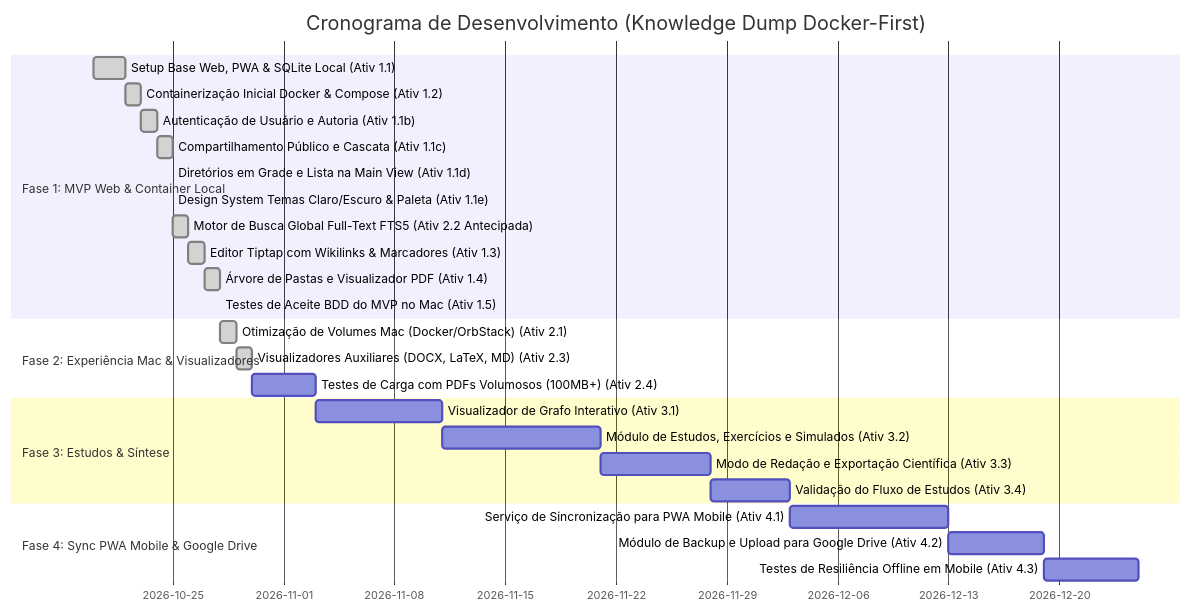
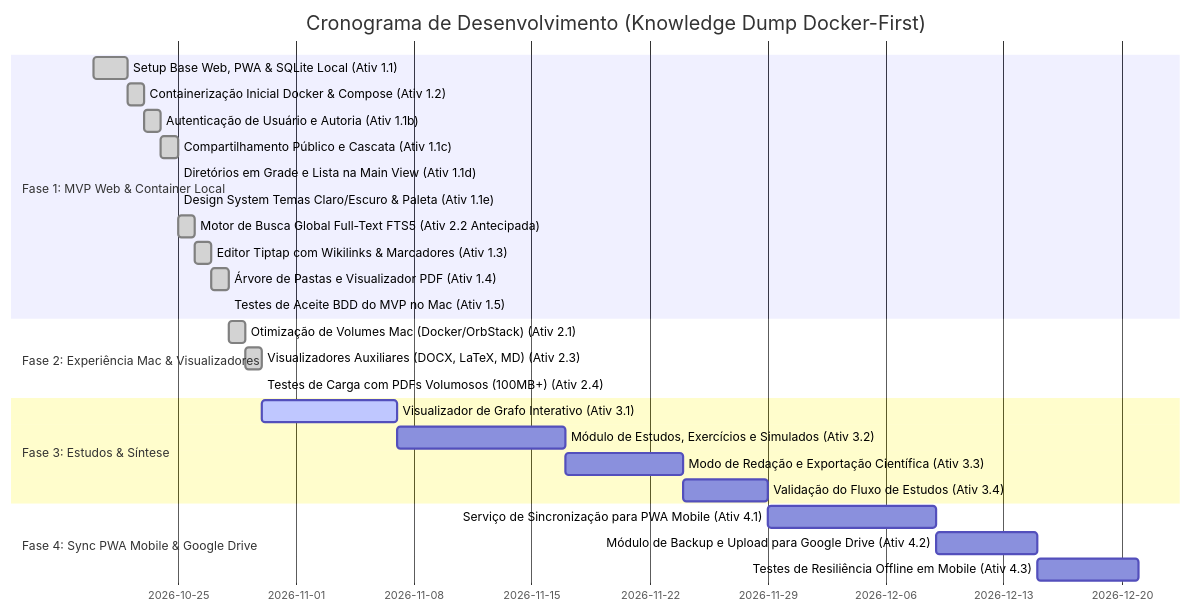
Before and after one commit to victor-reghini/knowledge-dump: the second of 2 diagrams in docs/arquitetura_e_roadmap.md, drawn with Mermaid.

Commit message:
docs(roadmap): sincroniza gantt com conclusao da fase 1 e fase 2 e ativacao da fase 3

````diff
--- a/docs/arquitetura_e_roadmap.md
+++ b/docs/arquitetura_e_roadmap.md
@@ -56,32 +56,32 @@
 ```mermaid
 gantt
     title Cronograma de Desenvolvimento (Knowledge Dump Docker-First)
     dateFormat  YYYY-MM-DD
     section Fase 1: MVP Web & Container Local
     Setup Base Web, PWA & SQLite Local (Ativ 1.1)             :done, a1, 2026-10-20, 2026-10-22
     Containerização Inicial Docker & Compose (Ativ 1.2)        :done, a2, 2026-10-22, 2026-10-23
     Autenticação de Usuário e Autoria (Ativ 1.1b)              :done, a1b, 2026-10-23, 2026-10-24
     Compartilhamento Público e Cascata (Ativ 1.1c)             :done, a1c, 2026-10-24, 2026-10-25
     Diretórios em Grade e Lista na Main View (Ativ 1.1d)       :done, a1d, 2026-10-25, 2026-10-25
     Design System Temas Claro/Escuro & Paleta (Ativ 1.1e)      :done, a1e, 2026-10-25, 2026-10-25
     Motor de Busca Global Full-Text FTS5 (Ativ 2.2 Antecipada) :done, b2, 2026-10-25, 2026-10-26
     Editor Tiptap com Wikilinks & Marcadores (Ativ 1.3)        :done, a3, 2026-10-26, 2026-10-27
     Árvore de Pastas e Visualizador PDF (Ativ 1.4)             :done, a4, 2026-10-27, 2026-10-28
     Testes de Aceite BDD do MVP no Mac (Ativ 1.5)              :done, a5, 2026-10-28, 2026-10-28
 
     section Fase 2: Experiência Mac & Visualizadores
     Otimização de Volumes Mac (Docker/OrbStack) (Ativ 2.1)     :done, b1, 2026-10-28, 2026-10-29
     Visualizadores Auxiliares (DOCX, LaTeX, MD) (Ativ 2.3)     :done, b3, 2026-10-29, 2026-10-30
-    Testes de Carga com PDFs Volumosos (100MB+) (Ativ 2.4)     :b4, after b3, 4d
+    Testes de Carga com PDFs Volumosos (100MB+) (Ativ 2.4)     :done, b4, 2026-10-30, 2026-10-30
 
     section Fase 3: Estudos & Síntese
-    Visualizador de Grafo Interativo (Ativ 3.1)                :c1, after b4, 8d
+    Visualizador de Grafo Interativo (Ativ 3.1)                :active, c1, 2026-10-30, 8d
     Módulo de Estudos, Exercícios e Simulados (Ativ 3.2)       :c2, after c1, 10d
     Modo de Redação e Exportação Científica (Ativ 3.3)         :c3, after c2, 7d
     Validação do Fluxo de Estudos (Ativ 3.4)                   :c4, after c3, 5d
 
     section Fase 4: Sync PWA Mobile & Google Drive
     Serviço de Sincronização para PWA Mobile (Ativ 4.1)        :d1, after c4, 10d
     Módulo de Backup e Upload para Google Drive (Ativ 4.2)     :d2, after d1, 6d
     Testes de Resiliência Offline em Mobile (Ativ 4.3)         :d3, after d2, 6d
 ```
````
